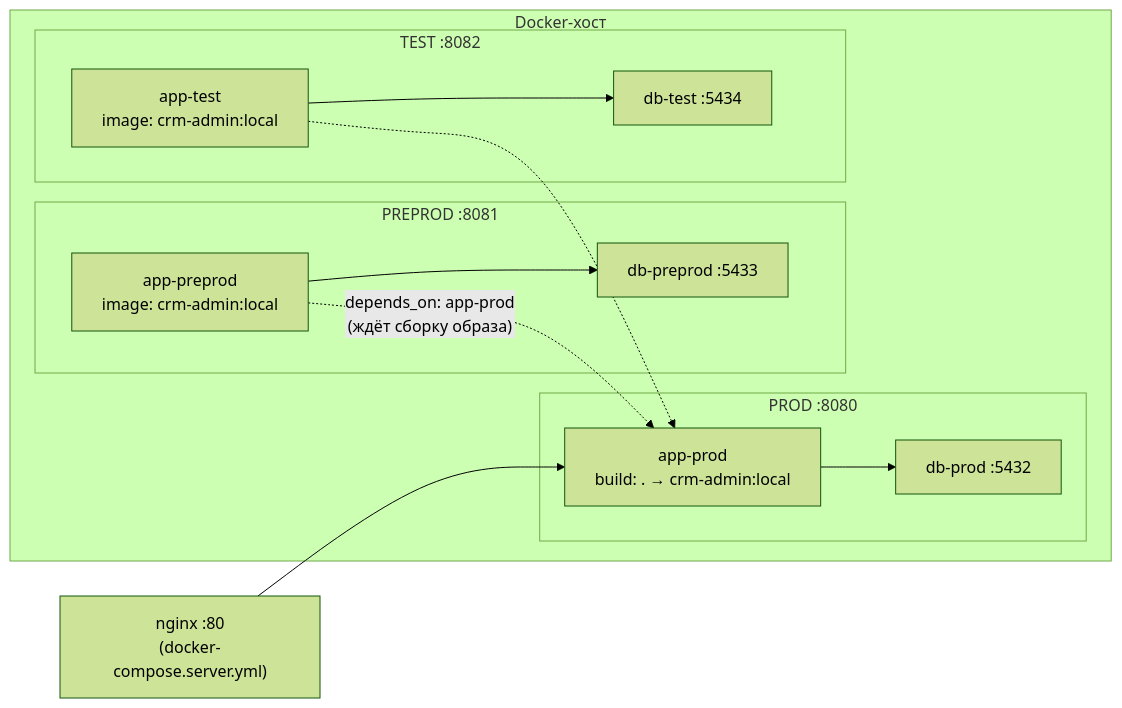
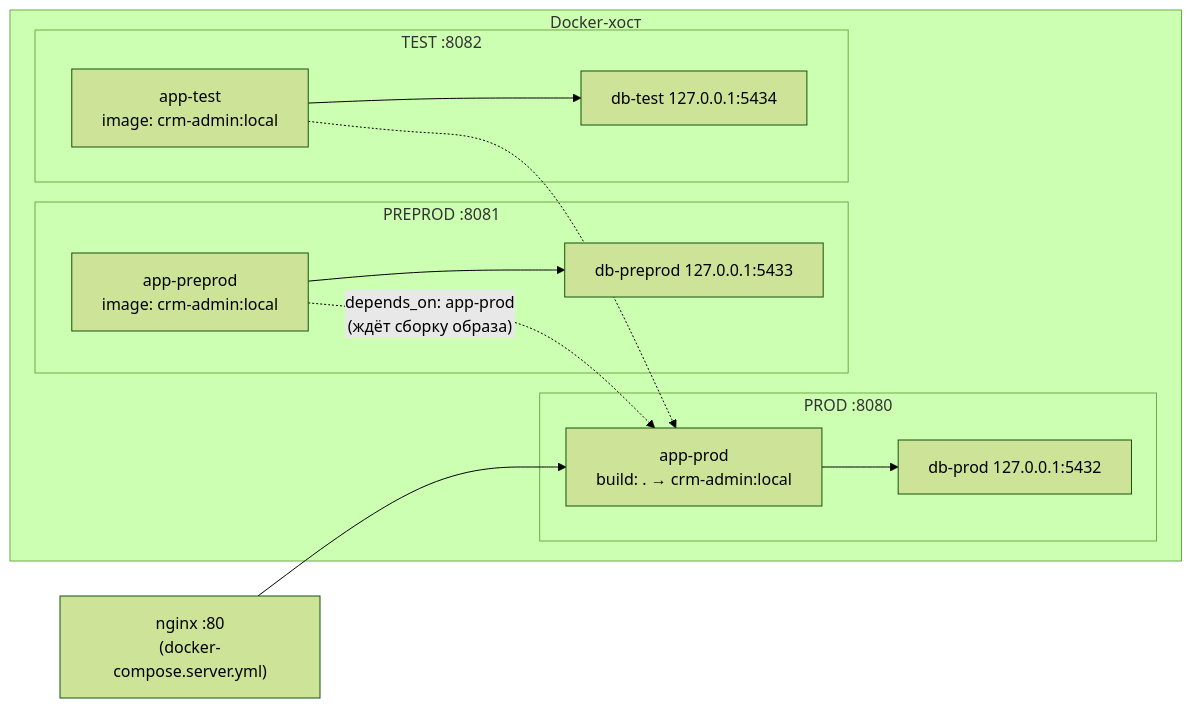
The diagram in crm-admin/docs/Architecture/Среды и деплой.md (AlexRaisky/crm.banki.ru), drawn with Mermaid (forest theme) before and after one commit. The commit also changed other lines of this file and 28 other files, not shown here.

````diff
--- a/crm-admin/docs/Architecture/Среды и деплой.md
+++ b/crm-admin/docs/Architecture/Среды и деплой.md
@@ -21,17 +21,17 @@
 ```mermaid
 flowchart LR
     NG["nginx :80<br/>(docker-compose.server.yml)"] --> AP
     subgraph host["Docker-хост"]
         subgraph prod["PROD :8080"]
-            AP["app-prod<br/>build: . → crm-admin:local"] --> DP["db-prod :5432"]
+            AP["app-prod<br/>build: . → crm-admin:local"] --> DP["db-prod 127.0.0.1:5432"]
         end
         subgraph preprod["PREPROD :8081"]
-            APP["app-preprod<br/>image: crm-admin:local"] --> DPP["db-preprod :5433"]
+            APP["app-preprod<br/>image: crm-admin:local"] --> DPP["db-preprod 127.0.0.1:5433"]
         end
         subgraph test["TEST :8082"]
-            AT["app-test<br/>image: crm-admin:local"] --> DT["db-test :5434"]
+            AT["app-test<br/>image: crm-admin:local"] --> DT["db-test 127.0.0.1:5434"]
         end
     end
     APP -.->|"depends_on: app-prod<br/>(ждёт сборку образа)"| AP
     AT -.-> AP
 ```
````
